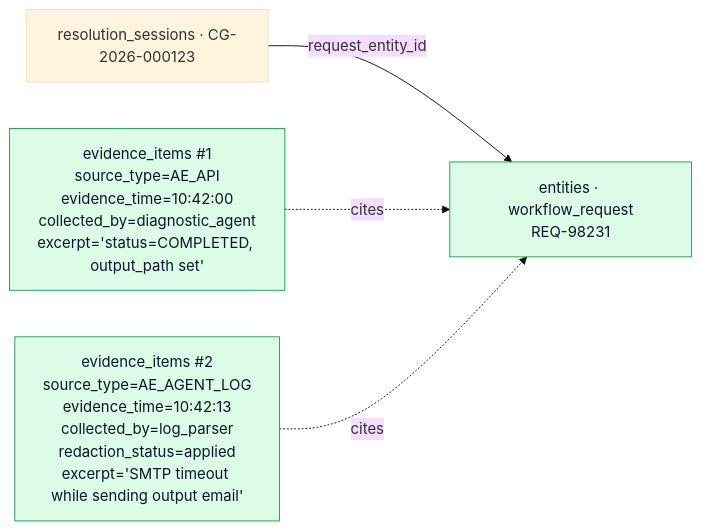
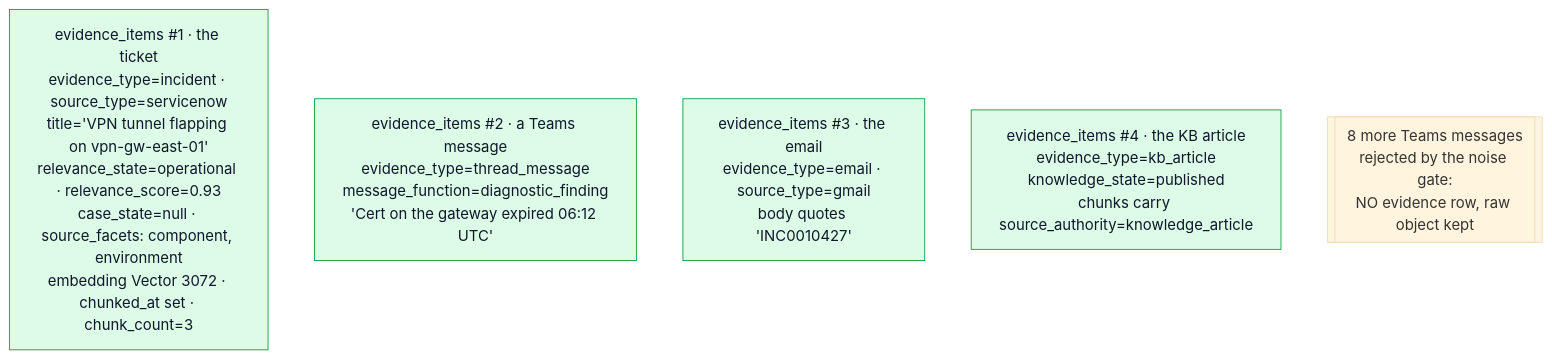
Before and after one commit to Valuedx/ContextEdge: the fourth of 22 diagrams in docs/CONTEXT_GRAPH_WALKTHROUGH.md, drawn with Mermaid (base theme). The commit also changed other lines of this file and 48 other files, not shown here.

````diff
--- a/docs/CONTEXT_GRAPH_WALKTHROUGH.md
+++ b/docs/CONTEXT_GRAPH_WALKTHROUGH.md
@@ -86,15 +110,11 @@
 ```mermaid
-graph LR
-  EV1[evidence_items #1<br/>source_type=AE_API<br/>evidence_time=10#58;42#58;00<br/>collected_by=diagnostic_agent<br/>excerpt='status=COMPLETED, output_path set']
-  EV2[evidence_items #2<br/>source_type=AE_AGENT_LOG<br/>evidence_time=10#58;42#58;13<br/>collected_by=log_parser<br/>redaction_status=applied<br/>excerpt='SMTP timeout while sending output email']
+graph TD
+  EV1[evidence_items #1 · the ticket<br/>evidence_type=incident · source_type=servicenow<br/>title='VPN tunnel flapping on vpn-gw-east-01'<br/>relevance_state=operational · relevance_score=0.93<br/>case_state=null · source_facets: component, environment<br/>embedding Vector 3072 · chunked_at set · chunk_count=3]
+  EV2[evidence_items #2 · a Teams message<br/>evidence_type=thread_message<br/>message_function=diagnostic_finding<br/>'Cert on the gateway expired 06:12 UTC']
+  EV3[evidence_items #3 · the email<br/>evidence_type=email · source_type=gmail<br/>body quotes 'INC0010427']
+  EV4[evidence_items #4 · the KB article<br/>evidence_type=kb_article<br/>knowledge_state=published<br/>chunks carry source_authority=knowledge_article]
+  DROP[[8 more Teams messages<br/>rejected by the noise gate:<br/>NO evidence row, raw object kept]]
 
-  CASE[resolution_sessions · CG-2026-000123]
-  REQ[entities · workflow_request<br/>REQ-98231]
-
-  CASE -- request_entity_id --> REQ
-  EV1 -. cites .-> REQ
-  EV2 -. cites .-> REQ
-
-  classDef new fill:#dcfce7,stroke:#16a34a,color:#0f172a;
-  class EV1,EV2,REQ new;
+  classDef ev fill:#dcfce7,stroke:#16a34a,color:#0f172a;
+  class EV1,EV2,EV3,EV4 ev;
 ```
````
